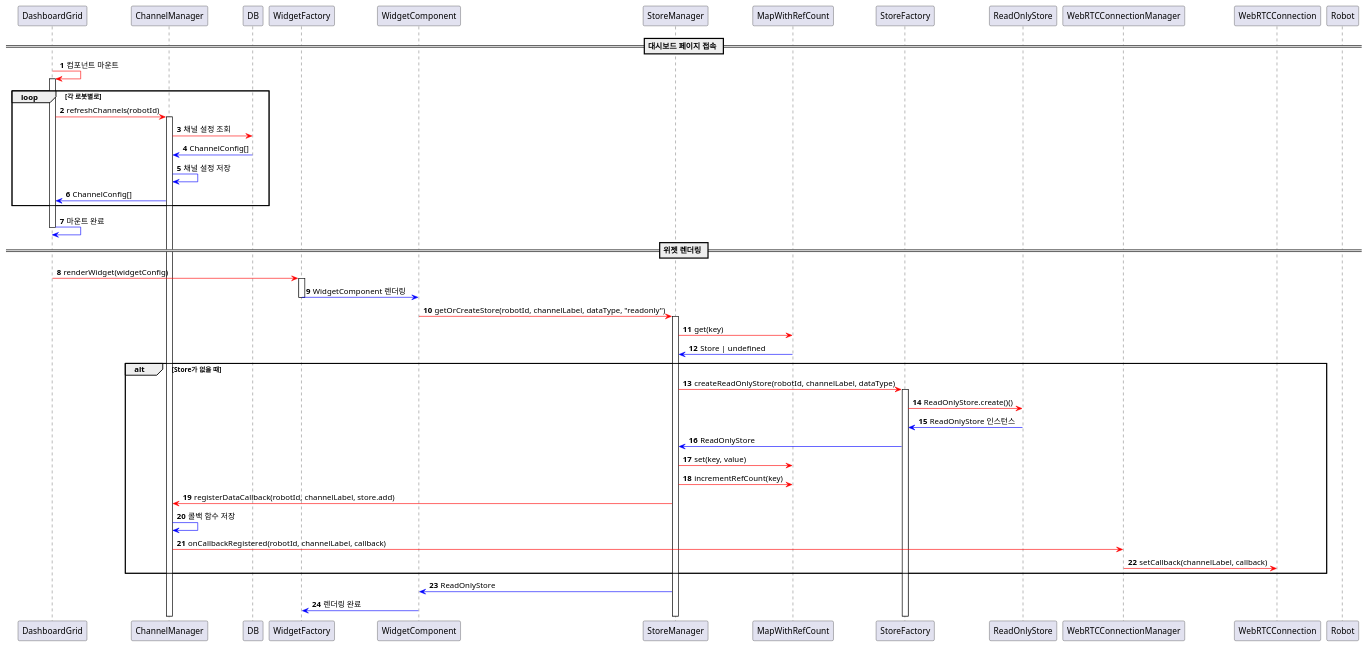
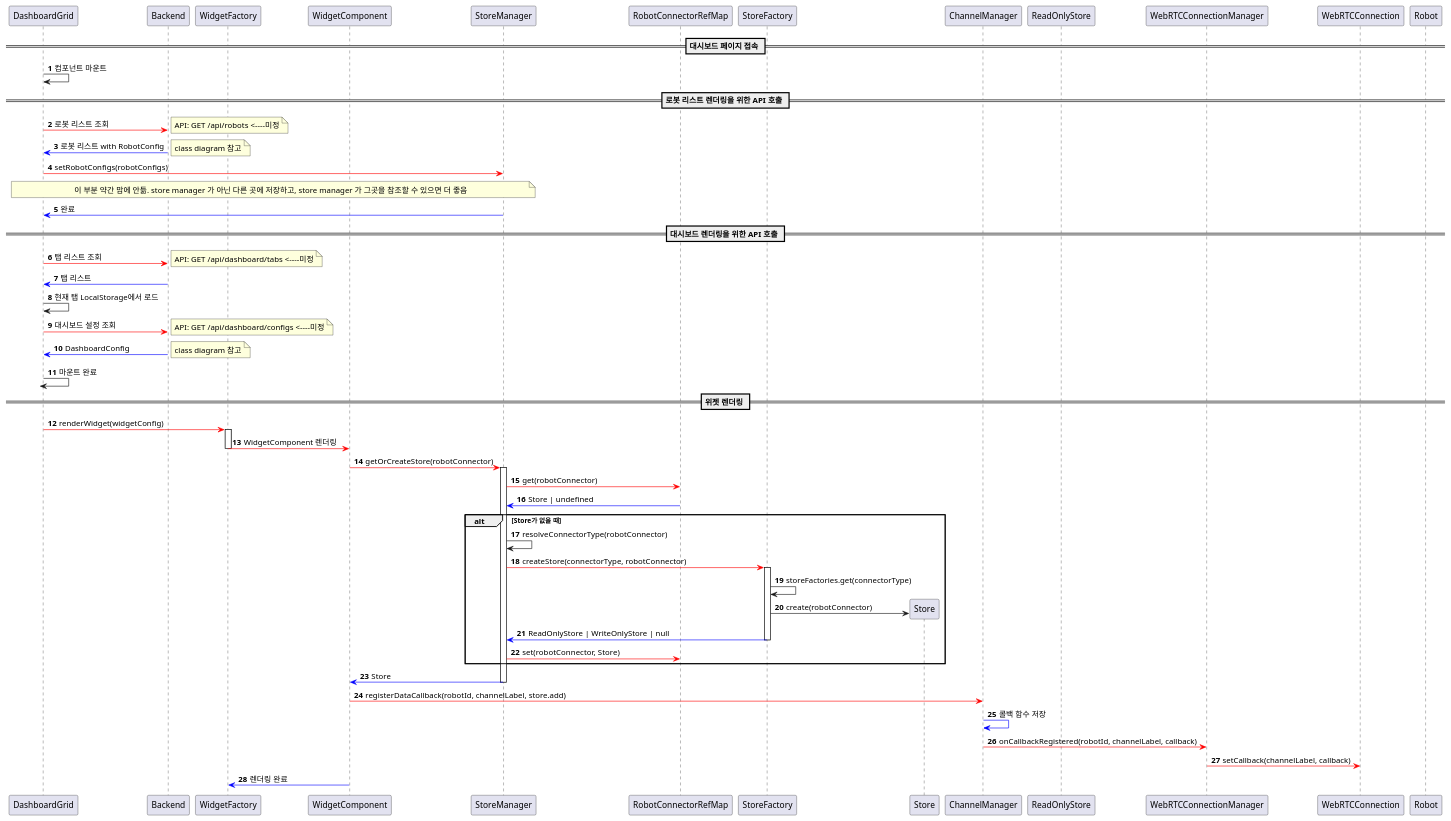
Before and after one commit to ACSL-MOSAIC/MOSAIC-Server: the diagram in diagram/sequence_dashboard_init_render.puml, drawn with PlantUML. The commit also changed 2 other files, not shown here.

Commit message:
- add: enhance class diagrams and update robot configuration structure (not yet completed)

```diff
--- a/diagram/sequence_dashboard_init_render.puml
+++ b/diagram/sequence_dashboard_init_render.puml
@@ -1,59 +1,89 @@
 @startuml
 'https://plantuml.com/sequence-diagram
 
 participant DashboardGrid
-participant ChannelManager
-participant DB
+participant Backend
 participant WidgetFactory
 participant WidgetComponent
 participant StoreManager
-participant MapWithRefCount
+participant RobotConnectorRefMap
 participant StoreFactory
+participant Store
+participant ChannelManager
 participant ReadOnlyStore
 participant WebRTCConnectionManager
 participant WebRTCConnection
 participant Robot
 
 autonumber
 
 == 대시보드 페이지 접속 ==
 
-DashboardGrid -[#red]> DashboardGrid ++: 컴포넌트 마운트
+DashboardGrid -> DashboardGrid: 컴포넌트 마운트
 
-loop 각 로봇별로
-    DashboardGrid -[#red]> ChannelManager ++: refreshChannels(robotId)
-    ChannelManager -[#red]> DB: 채널 설정 조회
-    DB -[#blue]> ChannelManager: ChannelConfig[]
-    ChannelManager [#blue]-> ChannelManager: 채널 설정 저장
-    DashboardGrid <[#blue]- ChannelManager: ChannelConfig[]
-end
+== 로봇 리스트 렌더링을 위한 API 호출 ==
 
-DashboardGrid [#blue]-> DashboardGrid --: 마운트 완료
+DashboardGrid -[#red]> Backend: 로봇 리스트 조회
+note right
+  API: GET /api/robots <----미정
+end note
+DashboardGrid <[#blue]- Backend: 로봇 리스트 with RobotConfig
+note right
+  class diagram 참고
+end note
+DashboardGrid -[#red]> StoreManager: setRobotConfigs(robotConfigs)
+note over DashboardGrid, StoreManager
+  이 부분 약간 맘에 안듦. store manager 가 아닌 다른 곳에 저장하고, store manager 가 그곳을 참조할 수 있으면 더 좋음
+end note
+DashboardGrid <[#blue]- StoreManager: 완료
+
+== 대시보드 렌더링을 위한 API 호출 ==
+
+DashboardGrid -[#red]> Backend: 탭 리스트 조회
+note right
+  API: GET /api/dashboard/tabs <----미정
+end note
+DashboardGrid <[#blue]- Backend: 탭 리스트
+
+DashboardGrid -> DashboardGrid: 현재 탭 LocalStorage에서 로드
+
+DashboardGrid -[#red]> Backend: 대시보드 설정 조회
+note right
+  API: GET /api/dashboard/configs <----미정
+end note
+DashboardGrid <[#blue]- Backend: DashboardConfig
+note right
+  class diagram 참고
+end note
+
+DashboardGrid -> DashboardGrid --: 마운트 완료
 
 == 위젯 렌더링 ==
 
 DashboardGrid -[#red]> WidgetFactory ++: renderWidget(widgetConfig)
-WidgetFactory -[#blue]> WidgetComponent --: WidgetComponent 렌더링
+WidgetFactory -[#red]> WidgetComponent --: WidgetComponent 렌더링
 
-WidgetComponent -[#red]> StoreManager ++: getOrCreateStore(robotId, channelLabel, dataType, "readonly")
-StoreManager -[#red]> MapWithRefCount: get(key)
-MapWithRefCount -[#blue]> StoreManager: Store | undefined
+WidgetComponent -[#red]> StoreManager ++: getOrCreateStore(robotConnector)
+StoreManager -[#red]> RobotConnectorRefMap: get(robotConnector)
+RobotConnectorRefMap -[#blue]> StoreManager: Store | undefined
 
 alt Store가 없을 때
-    StoreManager -[#red]> StoreFactory ++: createReadOnlyStore(robotId, channelLabel, dataType)
-    StoreFactory -[#red]> ReadOnlyStore: ReadOnlyStore.create()()
-    ReadOnlyStore -[#blue]> StoreFactory: ReadOnlyStore 인스턴스
-    StoreManager <[#blue]- StoreFactory: ReadOnlyStore
-    
-    StoreManager -[#red]> MapWithRefCount: set(key, value)
-    StoreManager -[#red]> MapWithRefCount: incrementRefCount(key)
-    
-    StoreManager -[#red]> ChannelManager: registerDataCallback(robotId, channelLabel, store.add)
-    ChannelManager [#blue]-> ChannelManager: 콜백 함수 저장
-    ChannelManager -[#red]> WebRTCConnectionManager: onCallbackRegistered(robotId, channelLabel, callback)
-    WebRTCConnectionManager -[#red]> WebRTCConnection: setCallback(channelLabel, callback)
+    StoreManager -> StoreManager: resolveConnectorType(robotConnector)
+    StoreManager -[#red]> StoreFactory ++: createStore(connectorType, robotConnector)
+    StoreFactory -> StoreFactory: storeFactories.get(connectorType)
+    create Store
+    StoreFactory -> Store: create(robotConnector)
+    StoreManager <[#blue]- StoreFactory --: ReadOnlyStore | WriteOnlyStore | null
+
+    StoreManager -[#red]> RobotConnectorRefMap: set(robotConnector, Store)
 end
 
-WidgetComponent <[#blue]- StoreManager: ReadOnlyStore
+WidgetComponent <[#blue]- StoreManager --: Store
+
+WidgetComponent -[#red]> ChannelManager: registerDataCallback(robotId, channelLabel, store.add)
+ChannelManager [#blue]-> ChannelManager: 콜백 함수 저장
+ChannelManager -[#red]> WebRTCConnectionManager: onCallbackRegistered(robotId, channelLabel, callback)
+WebRTCConnectionManager -[#red]> WebRTCConnection: setCallback(channelLabel, callback)
+
 WidgetFactory <[#blue]- WidgetComponent: 렌더링 완료
 @enduml
```
